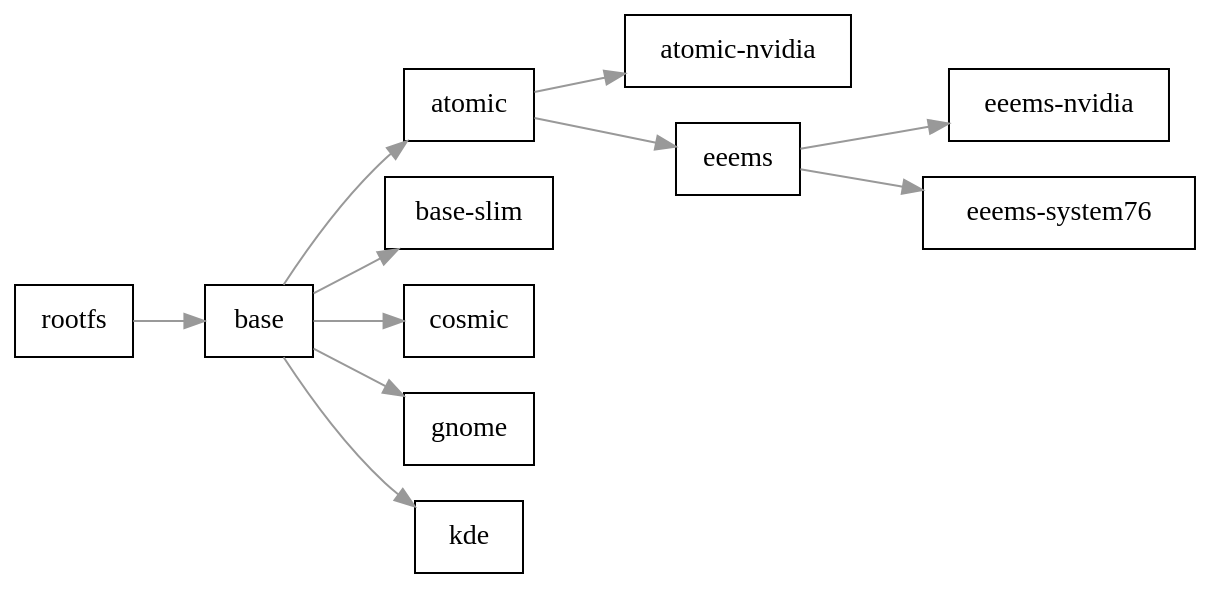
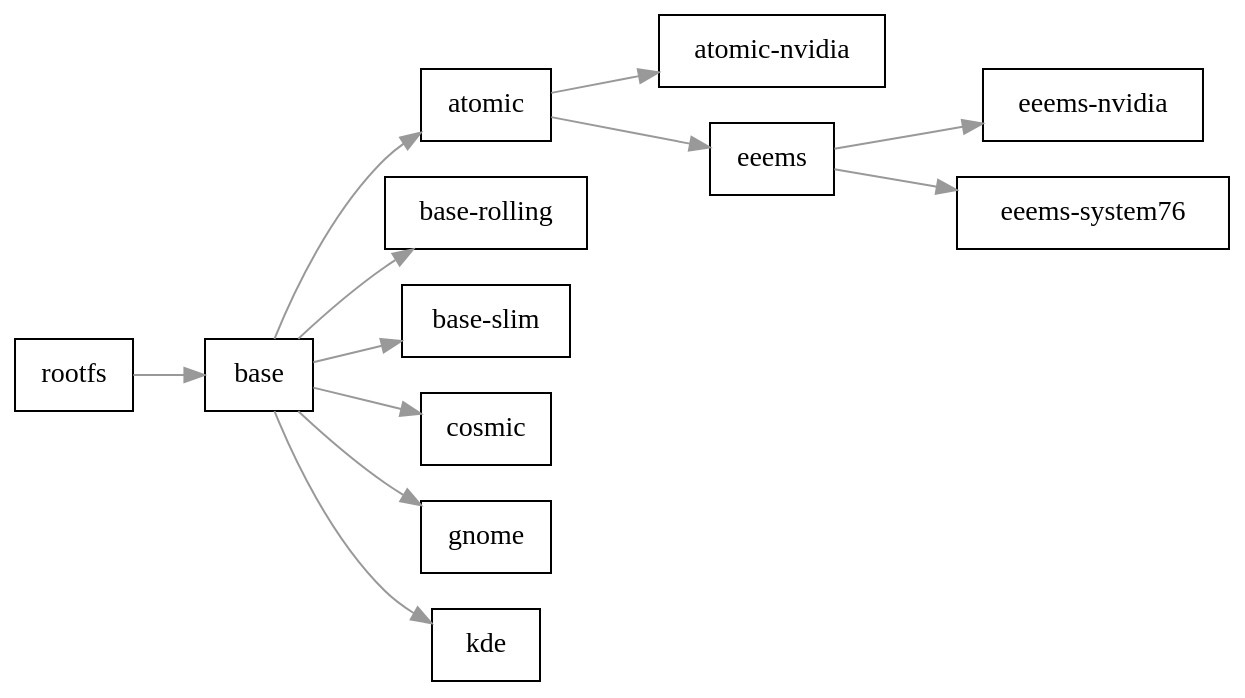
The diagram in web/src/variants.rst (Eeems/arkes), drawn with Graphviz before and after one commit. The commit also changed other lines of this file and 10 other files, not shown here.

```diff
--- a/web/src/variants.rst
+++ b/web/src/variants.rst
@@ -18,31 +18,33 @@
 .. graphviz::
 
    digraph variant_hierarchy {
        rankdir=LR;
        bgcolor=transparent;
        node [shape=box,style=filled,fillcolor=white];
        edge [color="#999999",fontcolor="#999999"];
 
        atomic [label="atomic"];
        atomic_nvidia [label="atomic-nvidia"];
        base [label="base"];
+       base_rolling [label="base-rolling"];
        base_slim [label="base-slim"];
        cosmic [label="cosmic"];
        eeems [label="eeems"];
        eeems_nvidia [label="eeems-nvidia"];
        eeems_system76 [label="eeems-system76"];
        gnome [label="gnome"];
        kde [label="kde"];
        rootfs [label="rootfs"];
 
        base -> atomic;
        atomic -> atomic_nvidia;
        rootfs -> base;
+       base -> base_rolling;
        base -> base_slim;
        base -> cosmic;
        atomic -> eeems;
        eeems -> eeems_nvidia;
        eeems -> eeems_system76;
        base -> gnome;
        base -> kde;
    }
```
